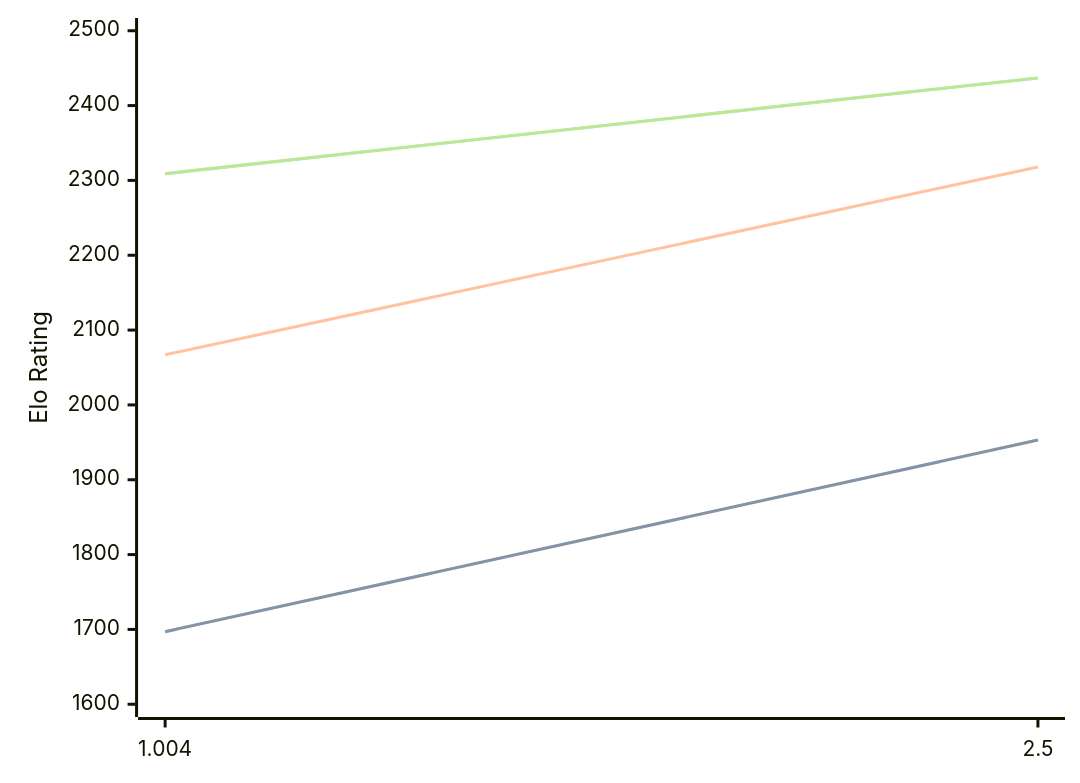
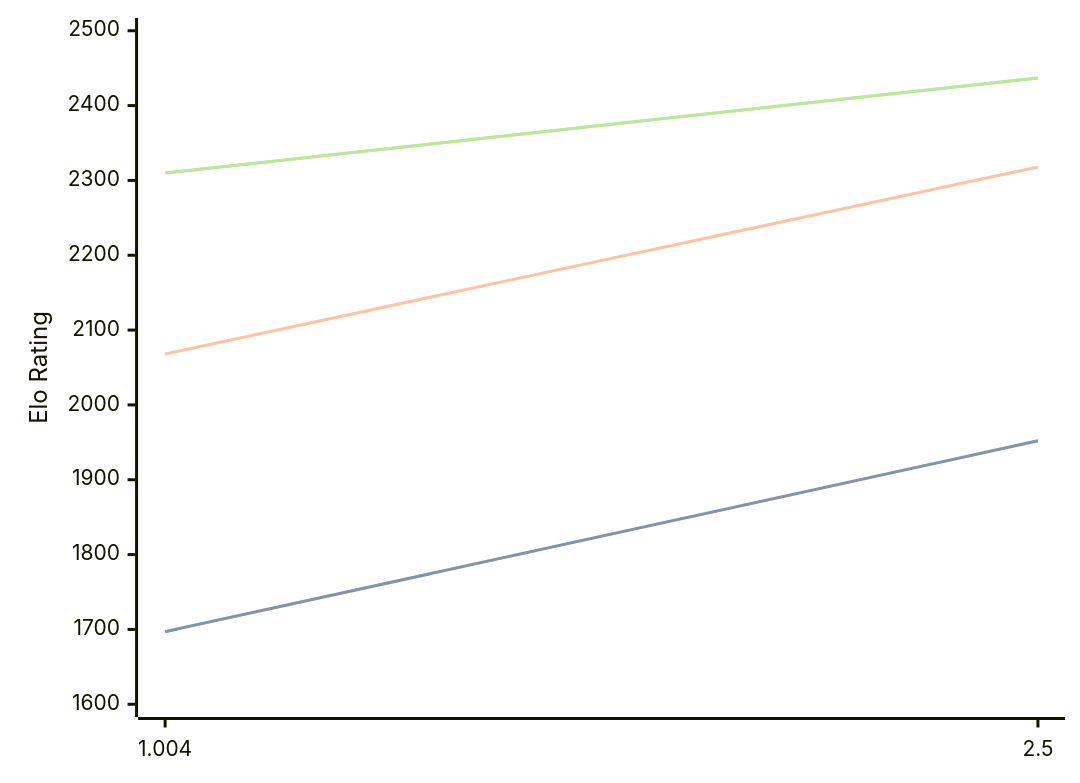
One commit to computer-chess-index/cci changed the third of 3 diagrams in engines/Ares.md. Above: the diagram before and after it, drawn with Mermaid. The commit also changed other lines of this file, not shown here.

Commit message:
Update CCI Ratings (ELO VLTC) - 2026-07-14

````diff
--- a/engines/Ares.md
+++ b/engines/Ares.md
@@ -65,11 +65,11 @@
 ```mermaid
 %%{init: {"theme":"base","themeVariables":{"seriesColors:['#a3a3a3','#222221','#faa371']}}}%%
 xychart-beta
   x-axis ["1.004", "2.5"]
   y-axis "Elo Rating" 1600 --> 2500
-  line "STC (8.0+0.08s)" [1697, 1953]
-  line "STC (8.0+0.08s)" [1697, 1953]
-  line "LTC (60.0+0.60s)" [2067, 2318]
-  line "VLTC (2m24s+1.12s)" [2309, 2437]
-  line "VLTC (2m24s+1.12s)" [2309, 2437]
+  line "STC (8.0+0.08s)" [1697, 1952]
+  line "STC (8.0+0.08s)" [1697, 1952]
+  line "LTC (60.0+0.60s)" [2068, 2318]
+  line "VLTC (2m24s+1.12s)" [2310, 2437]
+  line "VLTC (2m24s+1.12s)" [2310, 2437]
 ```
````
